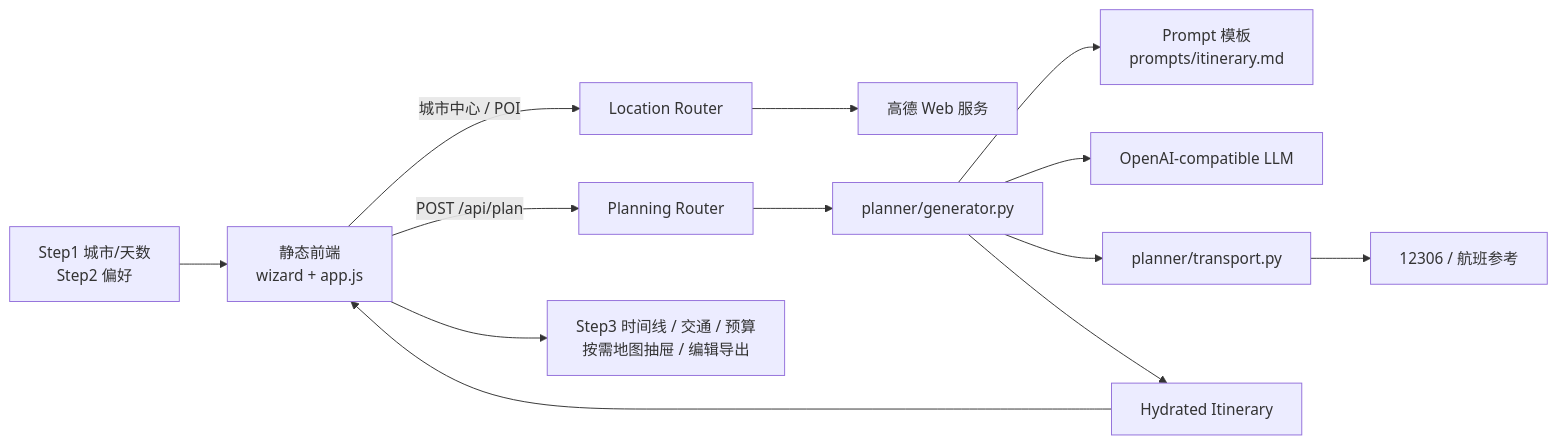
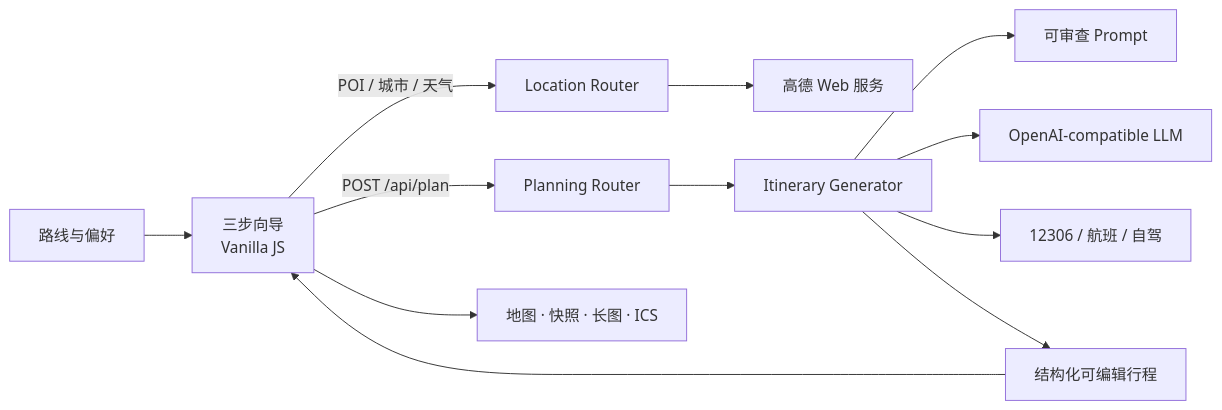
The diagram in README.md (suiyi117/ai-travel-planner), drawn with Mermaid before and after one commit. The commit also changed other lines of this file and 8 other files, not shown here.

````diff
--- a/README.md
+++ b/README.md
@@ -37,15 +118,14 @@
 ```mermaid
 flowchart LR
-  U["Step1 城市/天数<br/>Step2 偏好"] --> F["静态前端<br/>wizard + app.js"]
-  F -->|"城市中心 / POI"| L["Location Router"]
-  L --> A["高德 Web 服务"]
-  F -->|"POST /api/plan"| P["Planning Router"]
-  P --> G["planner/generator.py"]
-  G --> PR["Prompt 模板<br/>prompts/itinerary.md"]
-  G --> AI["OpenAI-compatible LLM"]
-  G --> T["planner/transport.py"]
-  T --> R["12306 / 航班参考"]
-  G --> H["Hydrated Itinerary"]
-  H --> F
-  F --> M["Step3 时间线 / 交通 / 预算<br/>按需地图抽屉 / 编辑导出"]
+  U["路线与偏好"] --> UI["三步向导<br/>Vanilla JS"]
+  UI -->|"POI / 城市 / 天气"| LOC["Location Router"]
+  LOC --> AMAP["高德 Web 服务"]
+  UI -->|"POST /api/plan"| PLAN["Planning Router"]
+  PLAN --> GEN["Itinerary Generator"]
+  GEN --> PROMPT["可审查 Prompt"]
+  GEN --> LLM["OpenAI-compatible LLM"]
+  GEN --> TRANSIT["12306 / 航班 / 自驾"]
+  GEN --> RESULT["结构化可编辑行程"]
+  RESULT --> UI
+  UI --> OUTPUT["地图 · 快照 · 长图 · ICS"]
 ```
````
